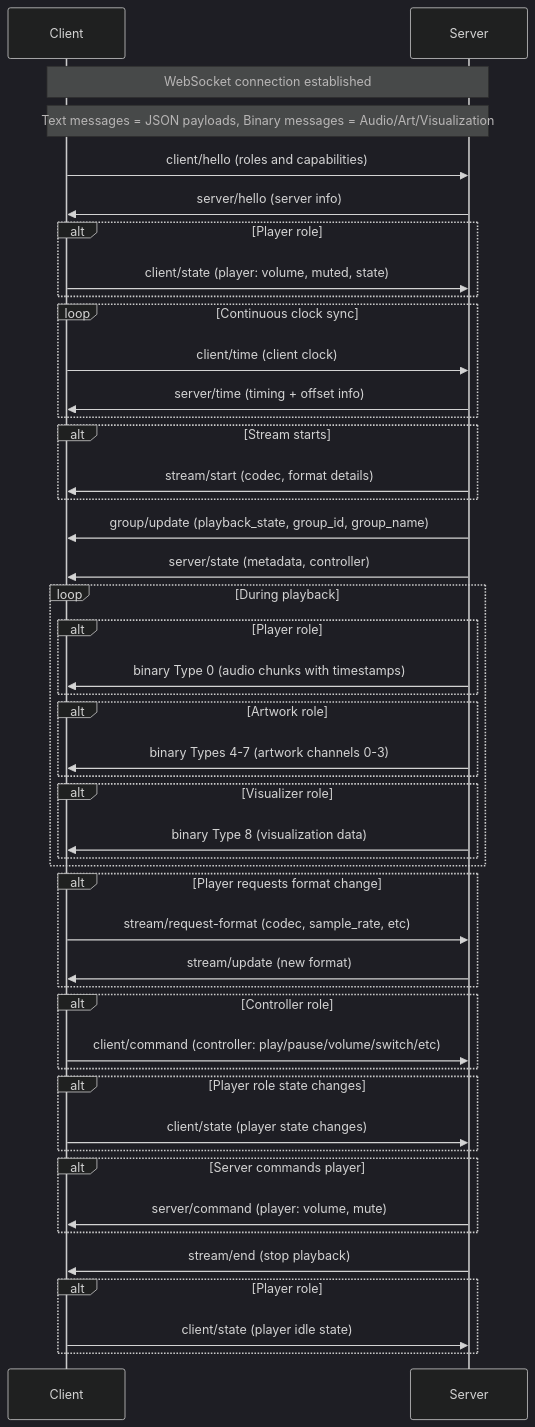
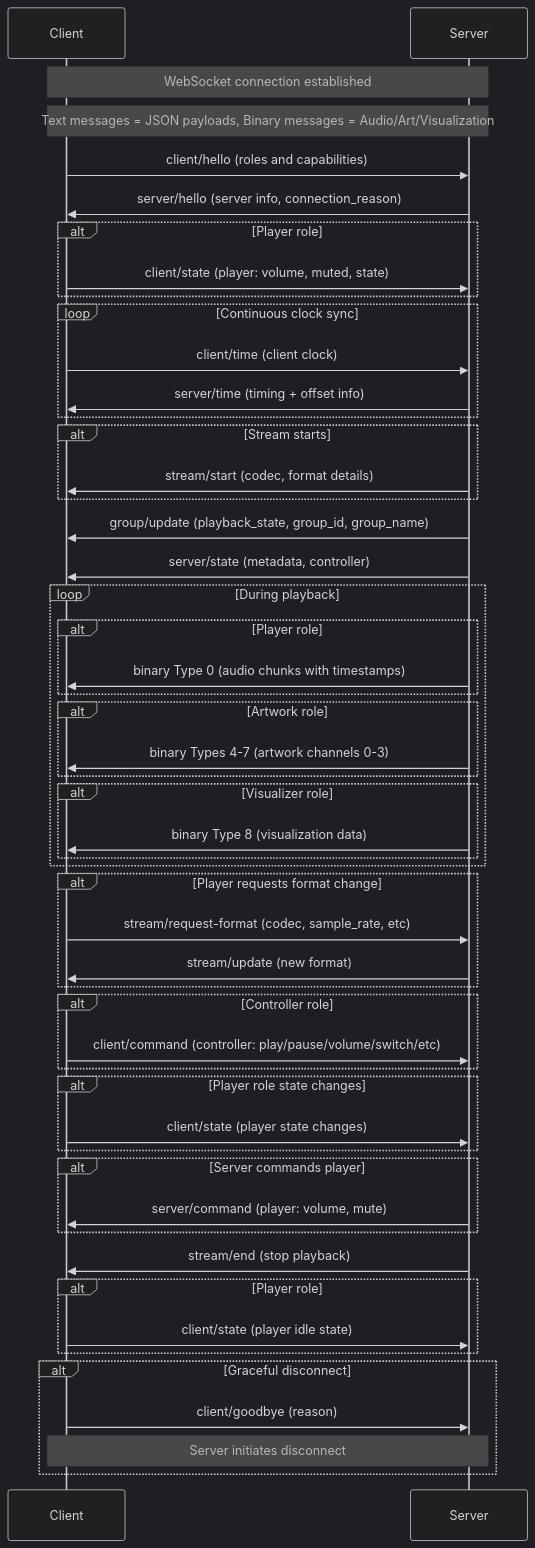
One commit to Resonate-Protocol/spec changed the diagram in README.md. Above: the diagram before and after it, drawn with Mermaid (dark theme). The commit also changed other lines of this file, not shown here.

First line of the commit message:
Add multi-server support through `client/goodbye` message

````diff
--- a/README.md
+++ b/README.md
@@ -122,62 +145,67 @@
 ```mermaid
 sequenceDiagram
     participant Client
     participant Server
 
     Note over Client,Server: WebSocket connection established
 
     Note over Client,Server: Text messages = JSON payloads, Binary messages = Audio/Art/Visualization
 
     Client->>Server: client/hello (roles and capabilities)
-    Server->>Client: server/hello (server info)
+    Server->>Client: server/hello (server info, connection_reason)
 
     alt Player role
         Client->>Server: client/state (player: volume, muted, state)
     end
 
     loop Continuous clock sync
         Client->>Server: client/time (client clock)
         Server->>Client: server/time (timing + offset info)
     end
 
     alt Stream starts
         Server->>Client: stream/start (codec, format details)
     end
 
     Server->>Client: group/update (playback_state, group_id, group_name)
     Server->>Client: server/state (metadata, controller)
 
     loop During playback
         alt Player role
             Server->>Client: binary Type 0 (audio chunks with timestamps)
         end
         alt Artwork role
             Server->>Client: binary Types 4-7 (artwork channels 0-3)
         end
         alt Visualizer role
             Server->>Client: binary Type 8 (visualization data)
         end
     end
 
     alt Player requests format change
         Client->>Server: stream/request-format (codec, sample_rate, etc)
         Server->>Client: stream/update (new format)
     end
 
     alt Controller role
         Client->>Server: client/command (controller: play/pause/volume/switch/etc)
     end
 
     alt Player role state changes
         Client->>Server: client/state (player state changes)
     end
 
     alt Server commands player
         Server->>Client: server/command (player: volume, mute)
     end
 
     Server->>Client: stream/end (stop playback)
     alt Player role
         Client->>Server: client/state (player idle state)
     end
+
+    alt Graceful disconnect
+        Client->>Server: client/goodbye (reason)
+        Note over Client,Server: Server initiates disconnect
+    end
 ```
````
